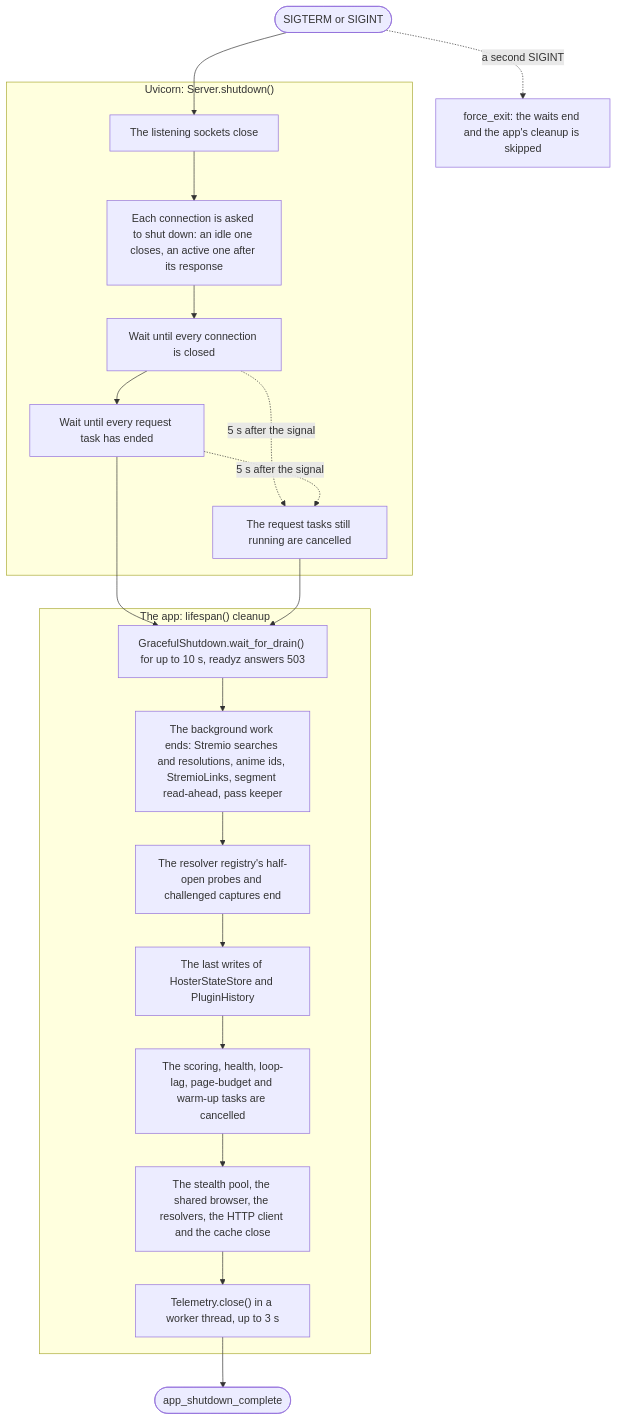
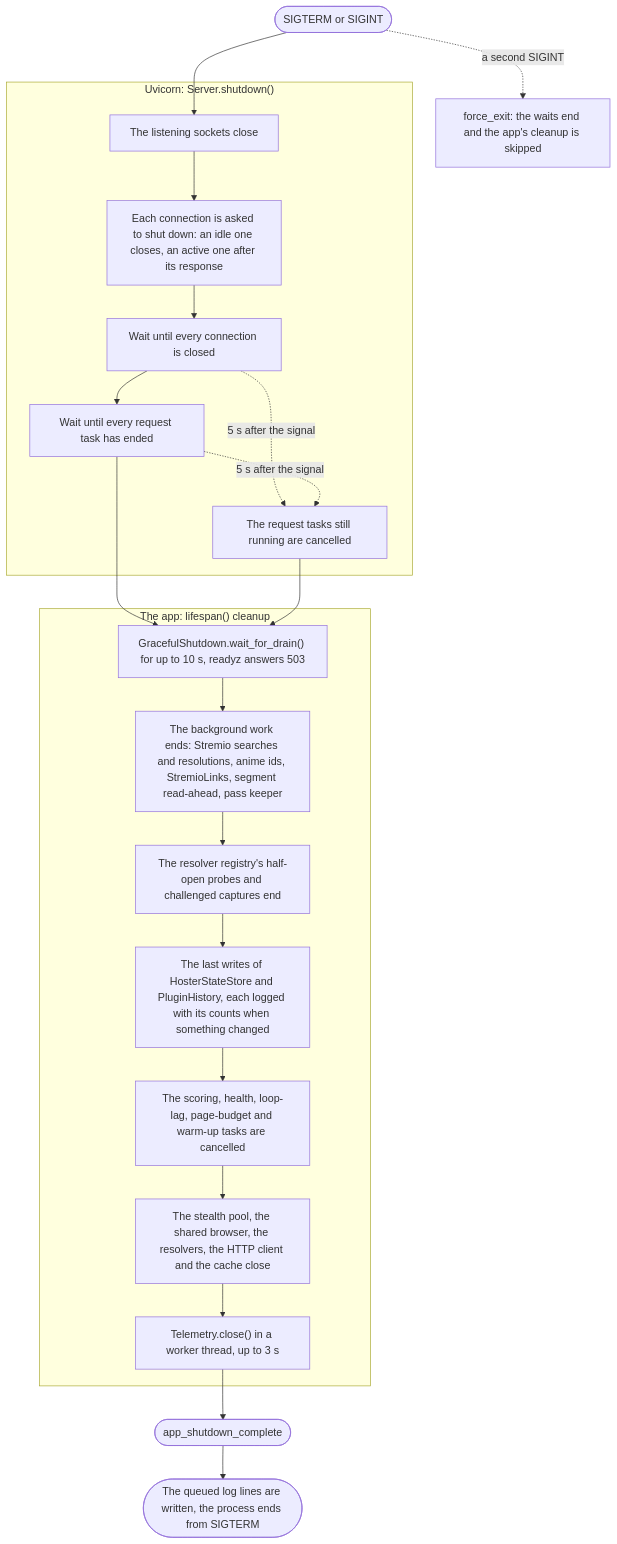
The fourth of 4 diagrams in docs/current/architecture.md (Strob0t/Scavengarr), drawn with Mermaid before and after one commit. The commit also changed other lines of this file and 11 other files, not shown here.

Commit message:
fix(shutdown): a stop reads clean in the log and keeps its last lines

````diff
--- a/docs/current/architecture.md
+++ b/docs/current/architecture.md
@@ -386,23 +386,24 @@
 ```mermaid
 flowchart TD
     signal(["SIGTERM or SIGINT"]) --> close
     subgraph uvicorn["Uvicorn: Server.shutdown()"]
         close["The listening sockets close"] --> conns["Each connection is asked to shut down: an idle one closes, an active one after its response"]
         conns --> waitc["Wait until every connection is closed"]
         waitc --> waitt["Wait until every request task has ended"]
         waitc -. "5 s after the signal" .-> cancel["The request tasks still running are cancelled"]
         waitt -. "5 s after the signal" .-> cancel
     end
     waitt --> drain
     cancel --> drain
     subgraph app["The app: lifespan() cleanup"]
         drain["GracefulShutdown.wait_for_drain() for up to 10 s, readyz answers 503"] --> stop["The background work ends: Stremio searches and resolutions, anime ids, StremioLinks, segment read-ahead, pass keeper"]
         stop --> reg["The resolver registry's half-open probes and challenged captures end"]
-        reg --> snap["The last writes of HosterStateStore and PluginHistory"]
+        reg --> snap["The last writes of HosterStateStore and PluginHistory, each logged with its counts when something changed"]
         snap --> tasks["The scoring, health, loop-lag, page-budget and warm-up tasks are cancelled"]
         tasks --> res["The stealth pool, the shared browser, the resolvers, the HTTP client and the cache close"]
         res --> spans["Telemetry.close() in a worker thread, up to 3 s"]
     end
     spans --> done(["app_shutdown_complete"])
+    done --> exit(["The queued log lines are written, the process ends from SIGTERM"])
     signal -. "a second SIGINT" .-> force["force_exit: the waits end and the app's cleanup is skipped"]
 ```
````
